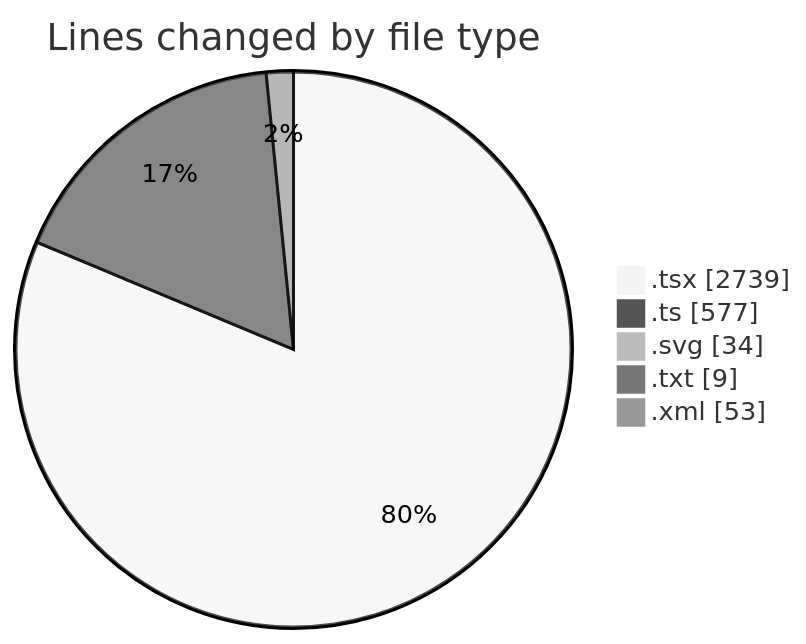
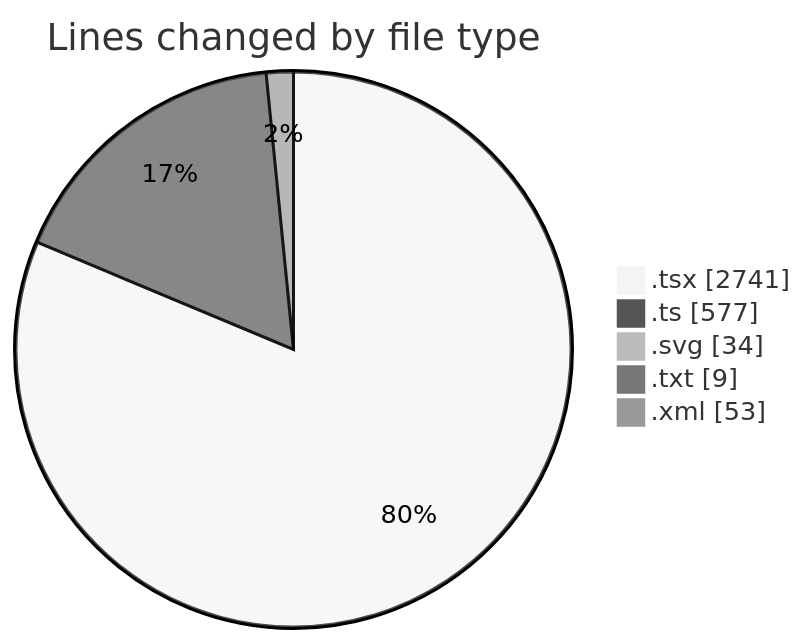
One commit to FixMe24/code-tracking changed the first of 2 diagrams in 2025-05-21/fixme24/README.md. Above: the diagram before and after it, drawn with Mermaid (neutral theme). The commit also changed other lines of this file and 1 other file, not shown here.

````diff
--- a/2025-05-21/fixme24/README.md
+++ b/2025-05-21/fixme24/README.md
@@ -46,9 +46,9 @@
 ```mermaid
 pie showData
 title Lines changed by file type
-".tsx" : 2739
+".tsx" : 2741
 ".ts" : 577
 ".svg" : 34
 ".txt" : 9
 ".xml" : 53
 ```
````
